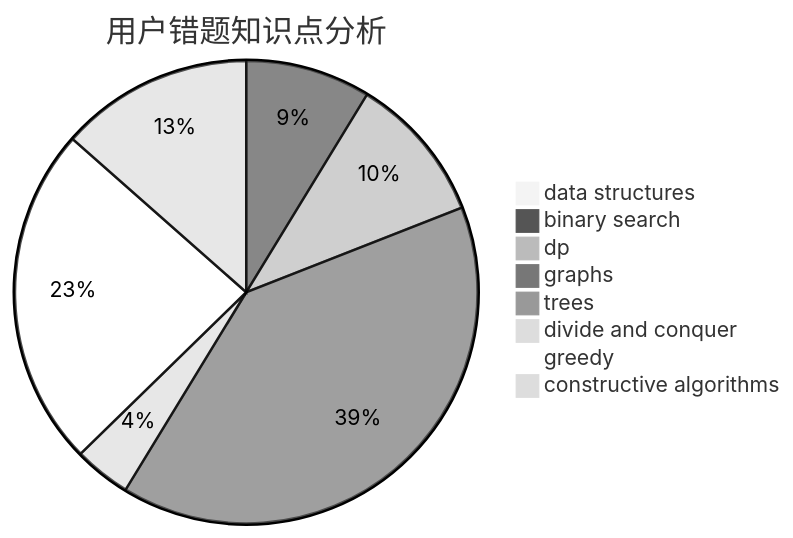
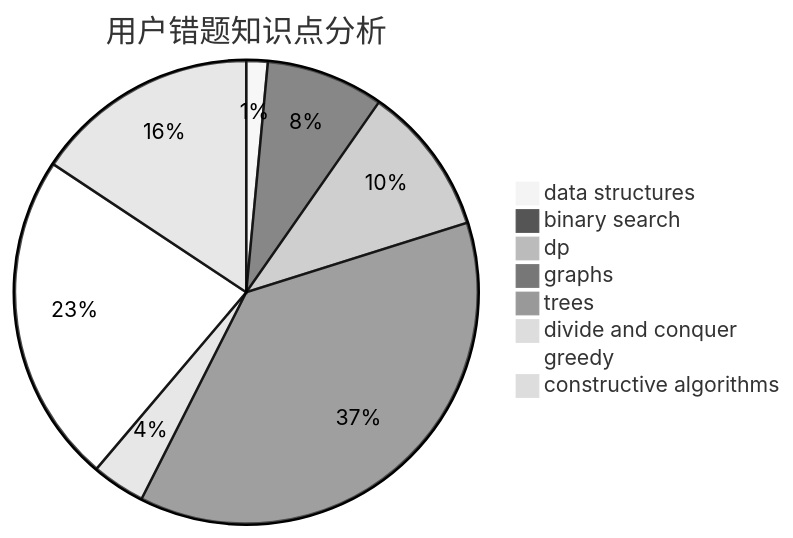
Before and after one commit to sherpahu/cfrs.github.io: the third of 3 diagrams in docs/user/u845.md, drawn with Mermaid (neutral theme). The commit also changed other lines of this file and 2770 other files, not shown here.

````diff
--- a/docs/user/u845.md
+++ b/docs/user/u845.md
@@ -36,11 +36,11 @@
 ```mermaid
 pie title 用户错题知识点分析
-    "data structures" :  1
+    "data structures" :  2
     "binary search" :  11
-    "dp" :  13
+    "dp" :  14
     "graphs" :  50
     "trees" :  1
     "divide and conquer" :  5
-    "greedy" :  30
-    "constructive algorithms" :  17
+    "greedy" :  31
+    "constructive algorithms" :  21
 ```
````
